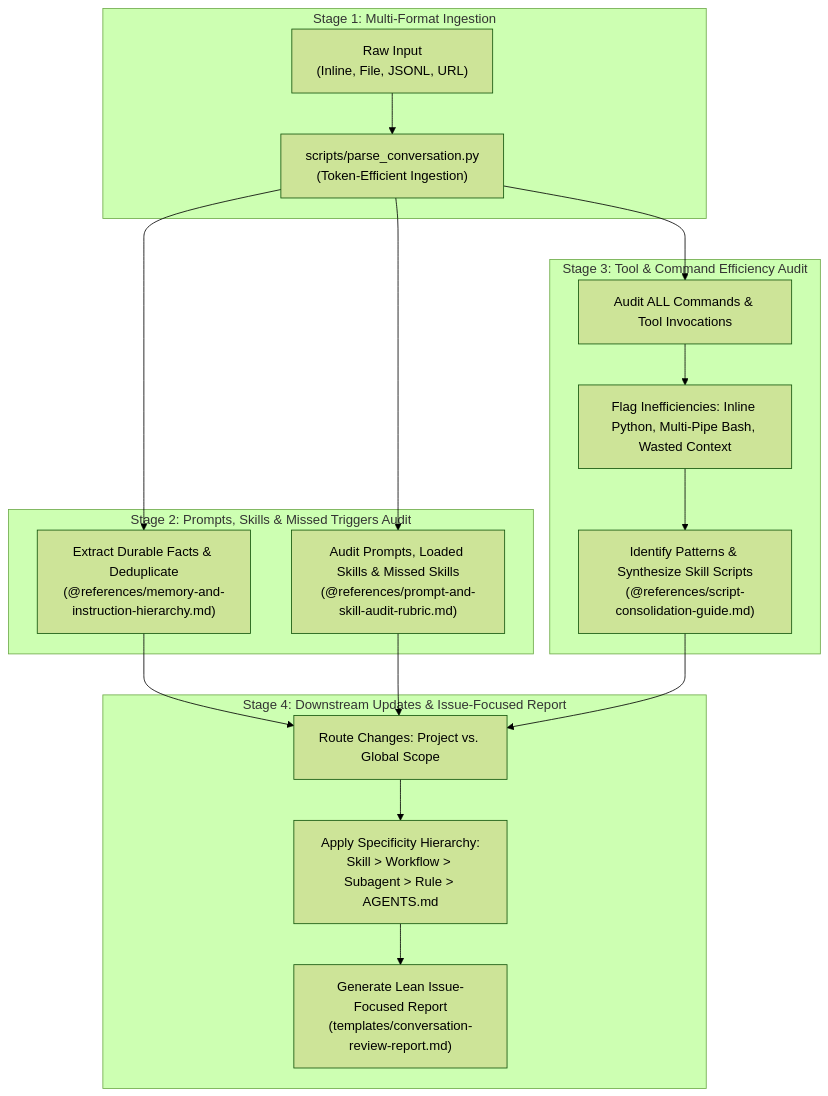
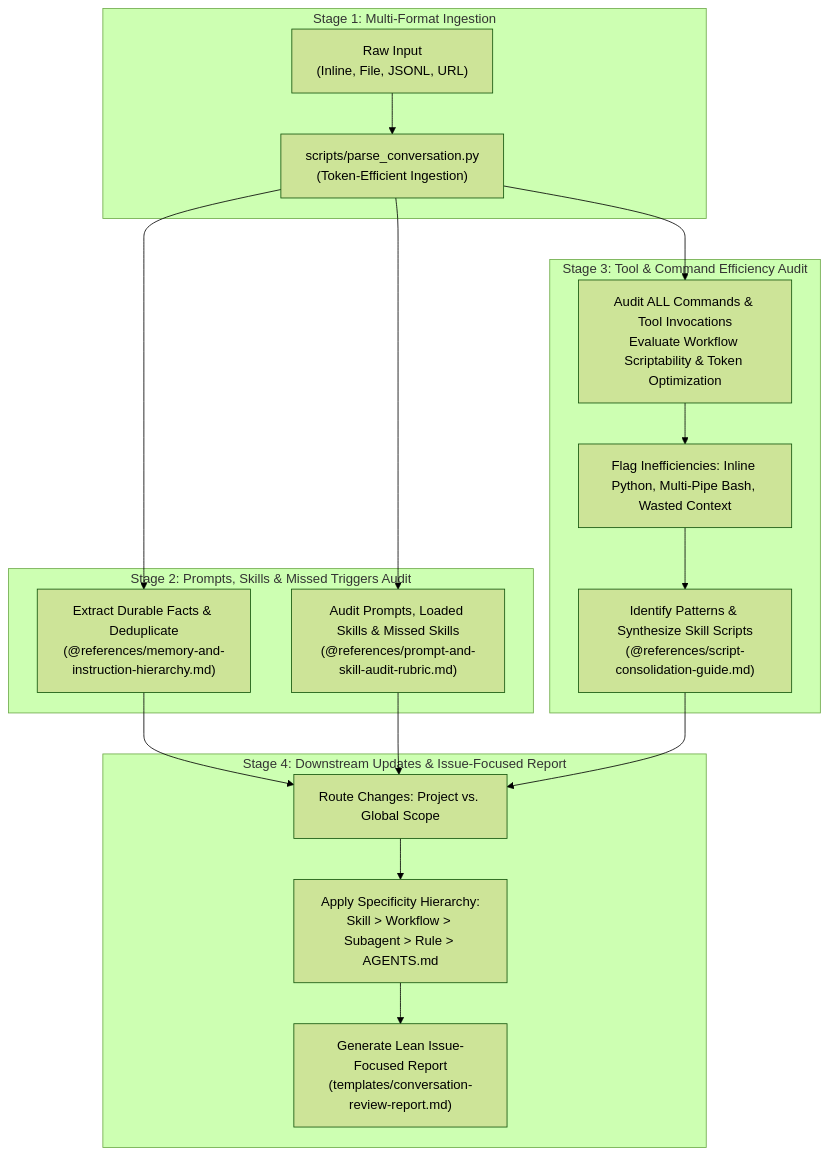
One commit to warpcode/dotfiles changed the diagram in .github/skills/ai-conversation-review/SKILL.md. Above: the diagram before and after it, drawn with Mermaid (forest theme). The commit also changed other lines of this file and 1 other file, not shown here.

Commit message:
feat: update AI conversation review documentation for improved workflow scriptability and token optimization

````diff
--- a/.github/skills/ai-conversation-review/SKILL.md
+++ b/.github/skills/ai-conversation-review/SKILL.md
@@ -29,25 +31,25 @@
 ```mermaid
 flowchart TD
     subgraph Ingestion["Stage 1: Multi-Format Ingestion"]
         A["Raw Input<br/>(Inline, File, JSONL, URL)"] --> B["scripts/parse_conversation.py<br/>(Token-Efficient Ingestion)"]
     end
 
     subgraph Audit["Stage 2: Prompts, Skills & Missed Triggers Audit"]
         B --> C["Extract Durable Facts & Deduplicate<br/>(@references/memory-and-instruction-hierarchy.md)"]
         B --> D["Audit Prompts, Loaded Skills & Missed Skills<br/>(@references/prompt-and-skill-audit-rubric.md)"]
     end
 
     subgraph Commands["Stage 3: Tool & Command Efficiency Audit"]
-        B --> E["Audit ALL Commands & Tool Invocations"]
+        B --> E["Audit ALL Commands & Tool Invocations<br/>Evaluate Workflow Scriptability & Token Optimization"]
         E --> F["Flag Inefficiencies: Inline Python, Multi-Pipe Bash, Wasted Context"]
         F --> G["Identify Patterns & Synthesize Skill Scripts<br/>(@references/script-consolidation-guide.md)"]
     end
 
     subgraph Routing["Stage 4: Downstream Updates & Issue-Focused Report"]
         C --> H["Route Changes: Project vs. Global Scope"]
         D --> H
         G --> H
         H --> I["Apply Specificity Hierarchy:<br/>Skill > Workflow > Subagent > Rule > AGENTS.md"]
         I --> Out["Generate Lean Issue-Focused Report<br/>(templates/conversation-review-report.md)"]
     end
 ```
````
